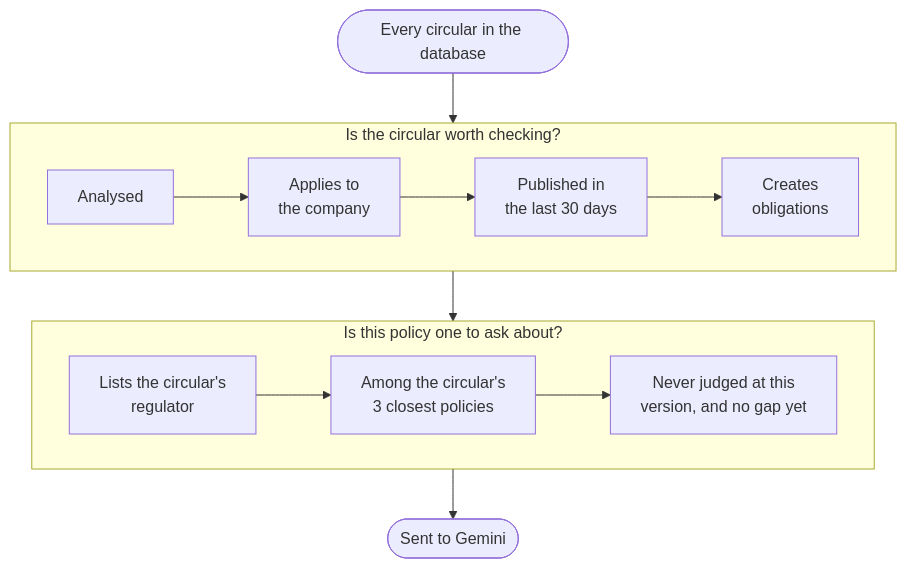
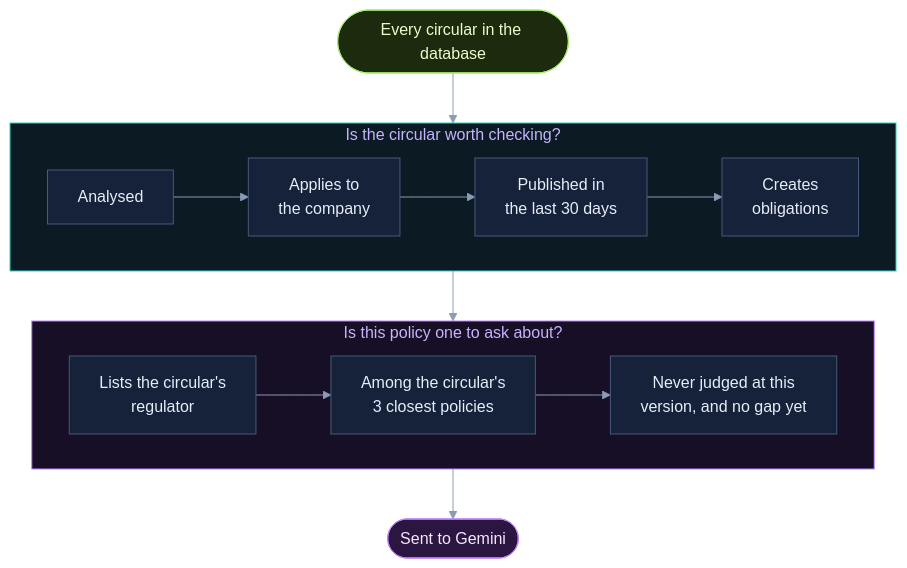
One commit to selvakumarperumal/Regulatory_Circular_Impact_Agent changed diagram 11 of 21 in how_it_works.md. Above: the diagram before and after it, drawn with Mermaid. The commit also changed other lines of this file and 1 other file, not shown here.

````diff
--- a/how_it_works.md
+++ b/how_it_works.md
@@ -486,14 +622,29 @@
 ```mermaid
+%%{init: {"theme": "base", "themeVariables": {"darkMode": true, "primaryColor": "#16213a", "primaryTextColor": "#e6edf7", "primaryBorderColor": "#475a7a", "lineColor": "#8b9bb4", "secondaryColor": "#1b2436", "tertiaryColor": "#101a2e", "edgeLabelBackground": "#0f172a", "textColor": "#e2e8f0", "clusterBkg": "#0f1728", "clusterBorder": "#2b3a55", "titleColor": "#c4b5fd", "nodeTextColor": "#e6edf7"}}}%%
 flowchart TD
     all(["Every circular in the database"]) --> row1
     subgraph row1["Is the circular worth checking?"]
         direction LR
         a["Analysed"] --> b["Applies to<br/>the company"] --> c["Published in<br/>the last 30 days"] --> d["Creates<br/>obligations"]
     end
     row1 --> row2
     subgraph row2["Is this policy one to ask about?"]
         direction LR
         e["Lists the circular's<br/>regulator"] --> f["Among the circular's<br/>3 closest policies"] --> g["Never judged at this<br/>version, and no gap yet"]
     end
     row2 --> ask(["Sent to Gemini"])
+
+    classDef svc fill:#0e2a2c,stroke:#2dd4bf,color:#ccfbf1
+    classDef data fill:#1c1a47,stroke:#818cf8,color:#e0e7ff
+    classDef ext fill:#2a1640,stroke:#c084fc,color:#f3e8ff
+    classDef gpu fill:#2d1b0c,stroke:#fb923c,color:#ffedd5
+    classDef ask fill:#2a2410,stroke:#fbbf24,color:#fef3c7
+    classDef ok fill:#0b2a1c,stroke:#34d399,color:#d1fae5
+    classDef bad fill:#2e0f17,stroke:#fb7185,color:#ffe4e6
+    classDef start fill:#1c2a0e,stroke:#a7ef6f,color:#ecfccb
+    classDef muted fill:#1a2130,stroke:#64748b,color:#cbd5e1
+    class all start
+    class ask ext
+    style row1 fill:#0c1a24,stroke:#2dd4bf
+    style row2 fill:#170f26,stroke:#c084fc
 ```
````
